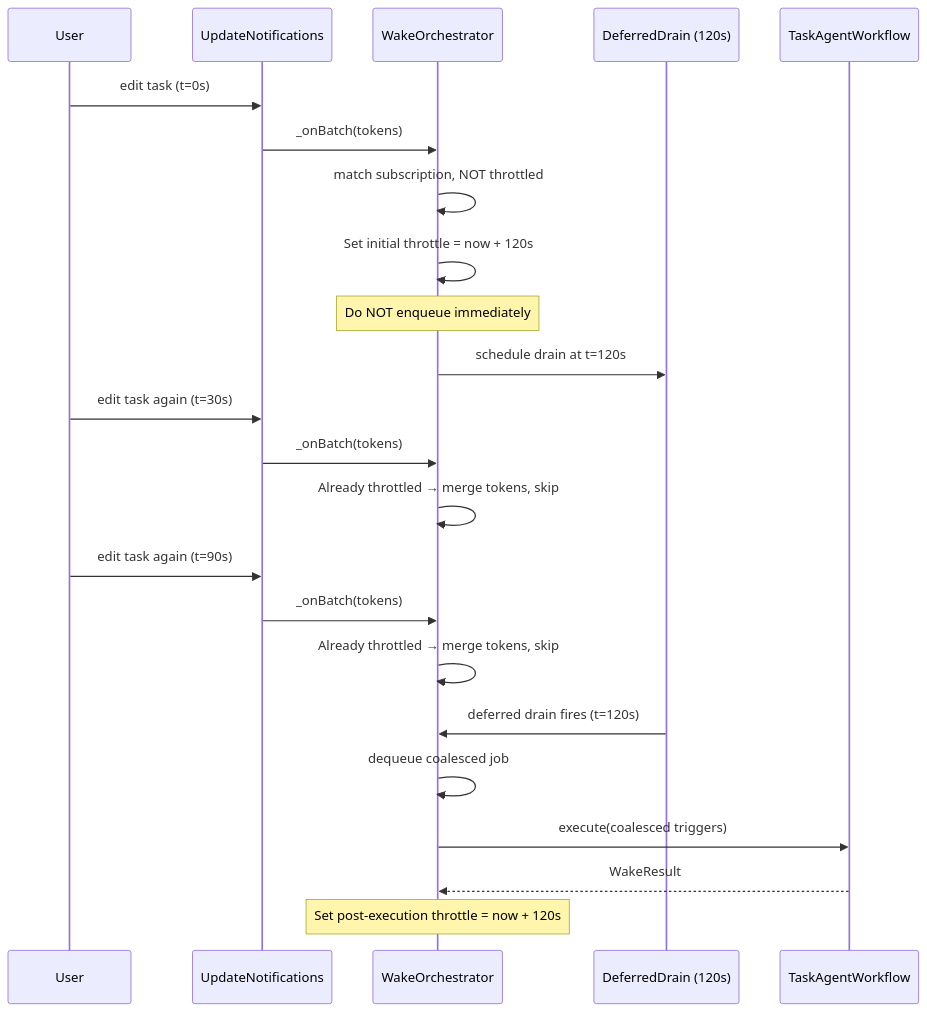
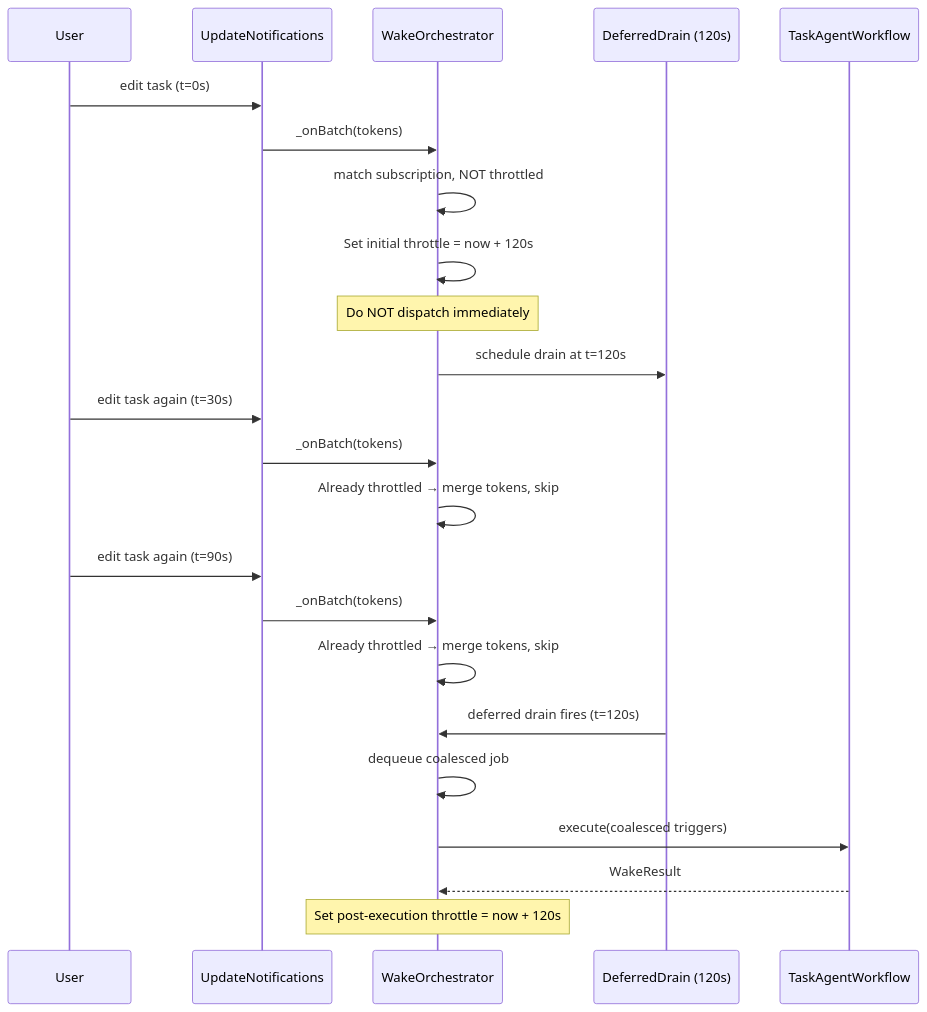
The first of 3 diagrams in docs/implementation_plans/2026-02-26_agent_refinement_throttle_tools_reporting.md (matthiasn/lotti), drawn with Mermaid before and after one commit. The commit also changed other lines of this file and 3 other files, not shown here.

````diff
--- a/docs/implementation_plans/2026-02-26_agent_refinement_throttle_tools_reporting.md
+++ b/docs/implementation_plans/2026-02-26_agent_refinement_throttle_tools_reporting.md
@@ -40,30 +40,30 @@
 ```mermaid
 sequenceDiagram
     participant User
     participant UpdateNotifications
     participant WakeOrchestrator
     participant Timer as DeferredDrain (120s)
     participant Agent as TaskAgentWorkflow
 
     User->>UpdateNotifications: edit task (t=0s)
     UpdateNotifications->>WakeOrchestrator: _onBatch(tokens)
     WakeOrchestrator->>WakeOrchestrator: match subscription, NOT throttled
     WakeOrchestrator->>WakeOrchestrator: Set initial throttle = now + 120s
-    Note over WakeOrchestrator: Do NOT enqueue immediately
+    Note over WakeOrchestrator: Do NOT dispatch immediately
     WakeOrchestrator->>Timer: schedule drain at t=120s
 
     User->>UpdateNotifications: edit task again (t=30s)
     UpdateNotifications->>WakeOrchestrator: _onBatch(tokens)
     WakeOrchestrator->>WakeOrchestrator: Already throttled → merge tokens, skip
 
     User->>UpdateNotifications: edit task again (t=90s)
     UpdateNotifications->>WakeOrchestrator: _onBatch(tokens)
     WakeOrchestrator->>WakeOrchestrator: Already throttled → merge tokens, skip
 
     Timer->>WakeOrchestrator: deferred drain fires (t=120s)
     WakeOrchestrator->>WakeOrchestrator: dequeue coalesced job
     WakeOrchestrator->>Agent: execute(coalesced triggers)
     Agent-->>WakeOrchestrator: WakeResult
 
     Note over WakeOrchestrator: Set post-execution throttle = now + 120s
 ```
````
